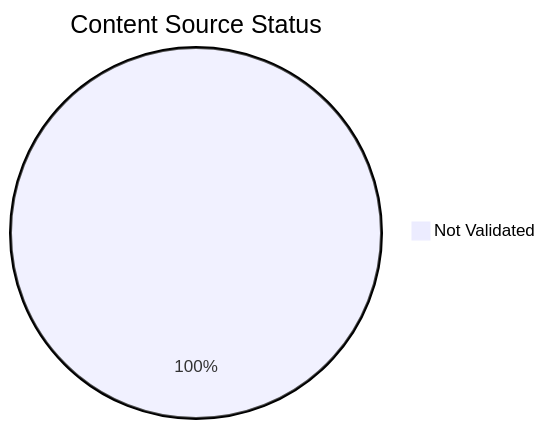
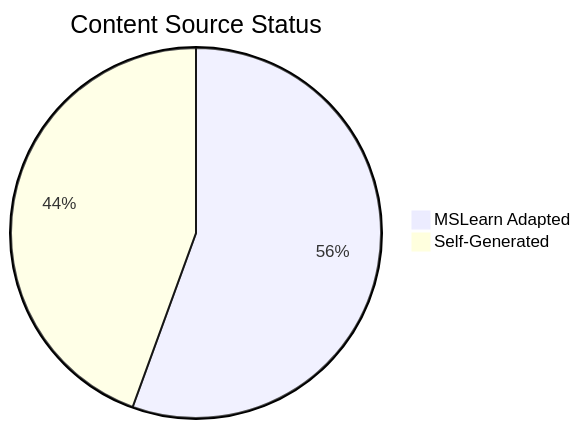
The diagram in docs/reference/content-validation-status.md (yeongseon/azure-virtual-machine-practical-guide), drawn with Mermaid before and after one commit. The commit also changed other lines of this file and 84 other files, not shown here.

First line of the commit message:
feat: add MSLearn source attribution to all 90 mermaid diagrams

````diff
--- a/docs/reference/content-validation-status.md
+++ b/docs/reference/content-validation-status.md
@@ -20,4 +39,5 @@
 ```mermaid
 pie title Content Source Status
-    "Not Validated" : 89
+    "MSLearn Adapted" : 50
+    "Self-Generated" : 40
 ```
````
